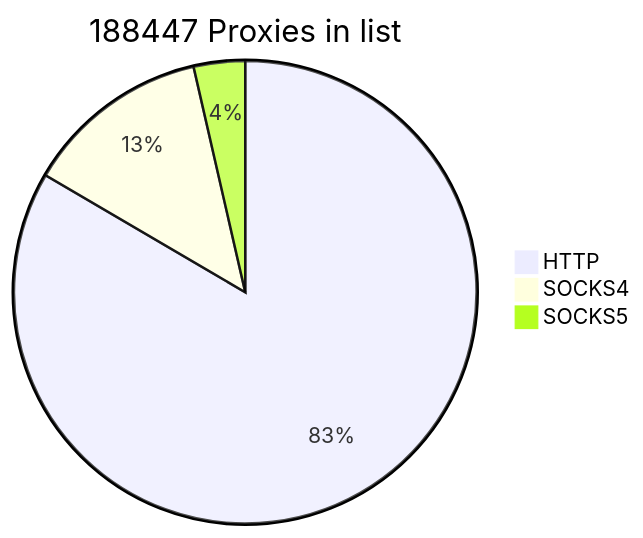
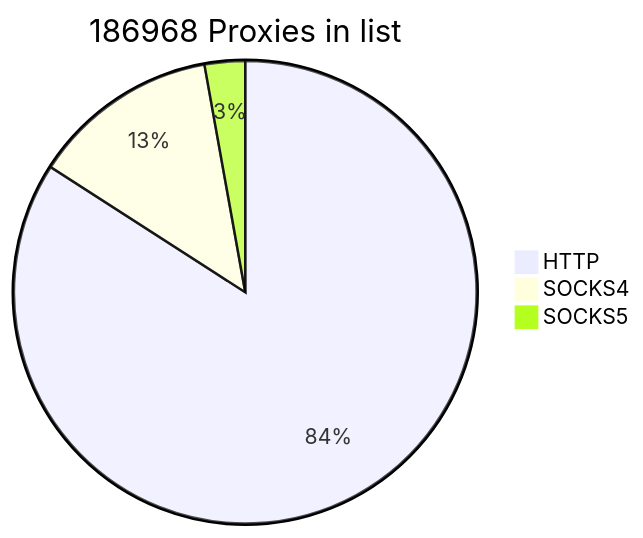
The first of 2 diagrams in README.md (cutipu/proxylist), drawn with Mermaid before and after one commit. The commit also changed other lines of this file, not shown here.

````diff
--- a/README.md
+++ b/README.md
@@ -2,7 +2,7 @@
 ```mermaid
-pie title 188447 Proxies in list
+pie title 186968 Proxies in list
     "HTTP" : 157232
-    "SOCKS4" : 24455
-    "SOCKS5" : 6760
+    "SOCKS4" : 24454
+    "SOCKS5" : 5282
             
 ```
````
